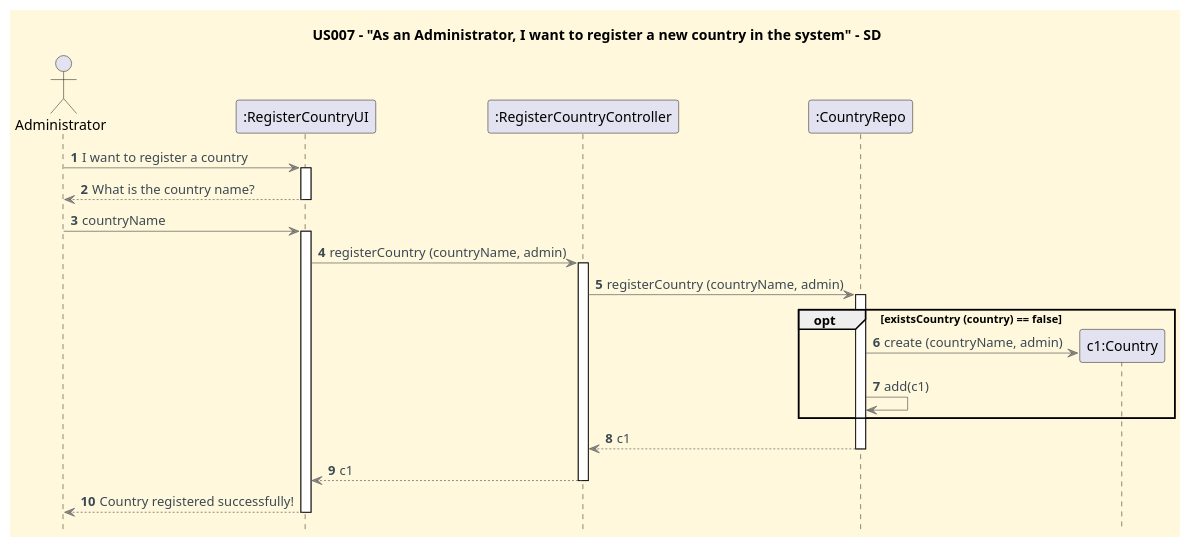
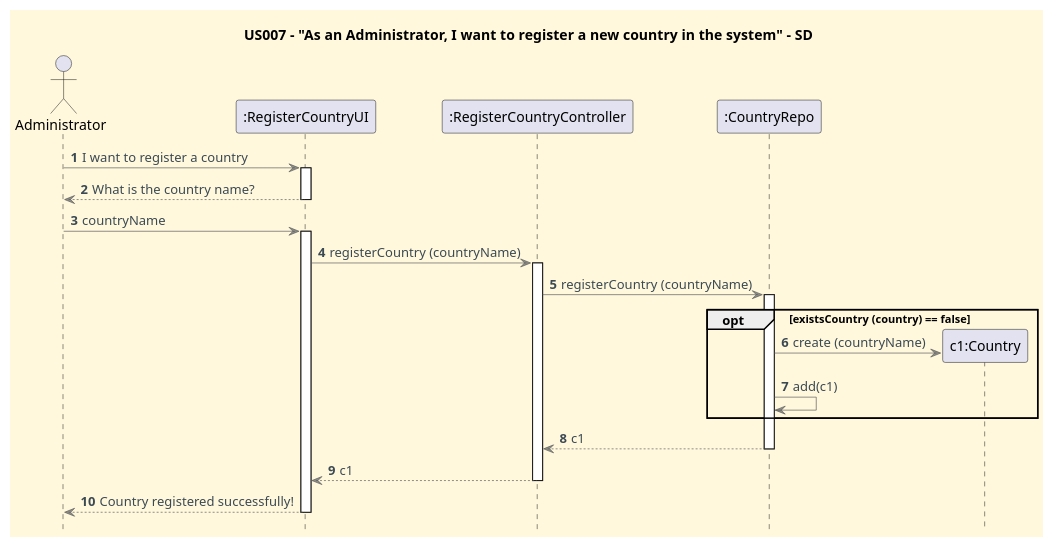
The diagram in docs/userStories/US007/US007_register_a_country_SD.puml (CarolinaLeite-collab/JavaMarketplacePlatform), drawn with PlantUML before and after one commit. The commit also changed 1 other file, not shown here.

```diff
--- a/docs/userStories/US007/US007_register_a_country_SD.puml
+++ b/docs/userStories/US007/US007_register_a_country_SD.puml
@@ -1,52 +1,52 @@
 @startuml
 '==== Title ====
 title US007 - "As an Administrator, I want to register a new country in the system" - SD
 
 '==== basic style ====
 skinparam monochrome false
 
 skinparam defaultFontName Futura
 skinparam objectFontSize 20
 skinparam backgroundColor CornSilk
 skinparam objectBackgroundColor WhiteSmoke
 skinparam noteBackgroundColor #FFFFE0
 skinparam ArrowFontColor #3B4953
 skinparam ArrowColor #57595BAA
 
 hidefootbox
 autonumber
 autoactivate off
 
 ' ==== Actor and participants ====
 actor Administrator as ADM
 participant ":RegisterCountryUI" as UI
 participant ":RegisterCountryController" as CTL
 participant ":CountryRepo" as CR
 
 '==== UI interaction ====
 ADM -> UI: I want to register a country
 activate UI
 UI --> ADM: What is the country name?
 deactivate UI
 ADM -> UI: countryName
 activate UI
 
 '==== Use case execution ====
-UI -> CTL: registerCountry (countryName, admin)
+UI -> CTL: registerCountry (countryName)
 activate CTL
-CTL -> CR: registerCountry (countryName, admin)
+CTL -> CR: registerCountry (countryName)
 activate CR
 
     opt existsCountry (country) == false
         create "c1:Country"
-        CR -> "c1:Country": create (countryName, admin)
+        CR -> "c1:Country": create (countryName)
         CR -> CR: add(c1)
     end
 
 CR --> CTL: c1
 deactivate CR
 CTL --> UI: c1
 deactivate CTL
 UI --> ADM : Country registered successfully!
 deactivate UI
 @enduml
```
